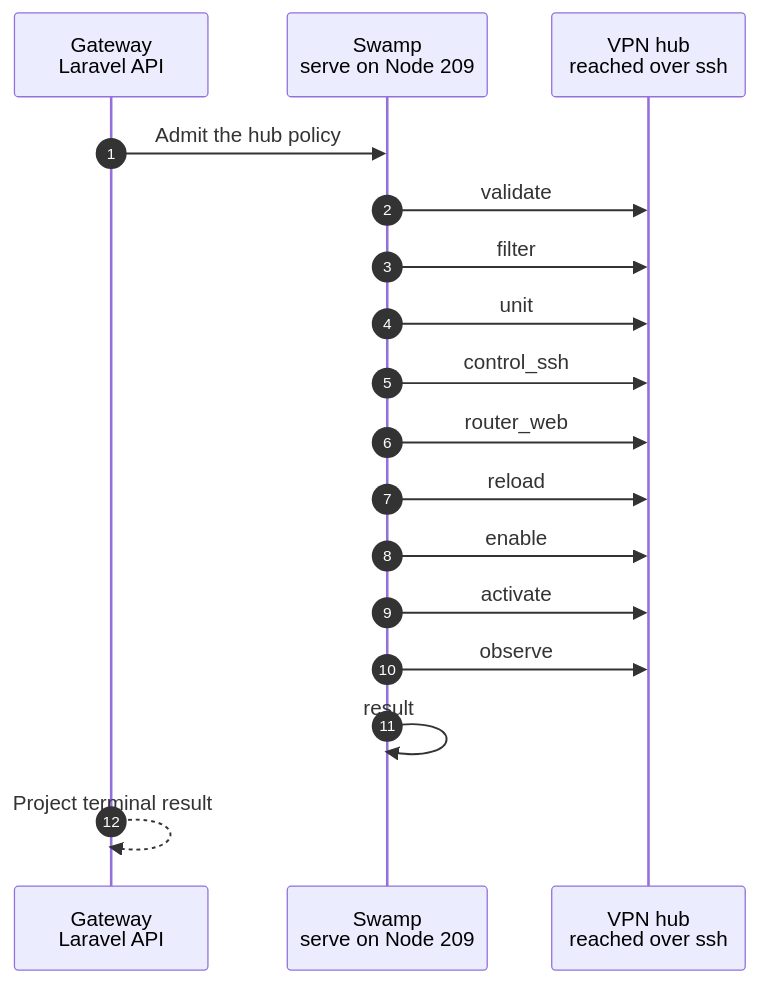
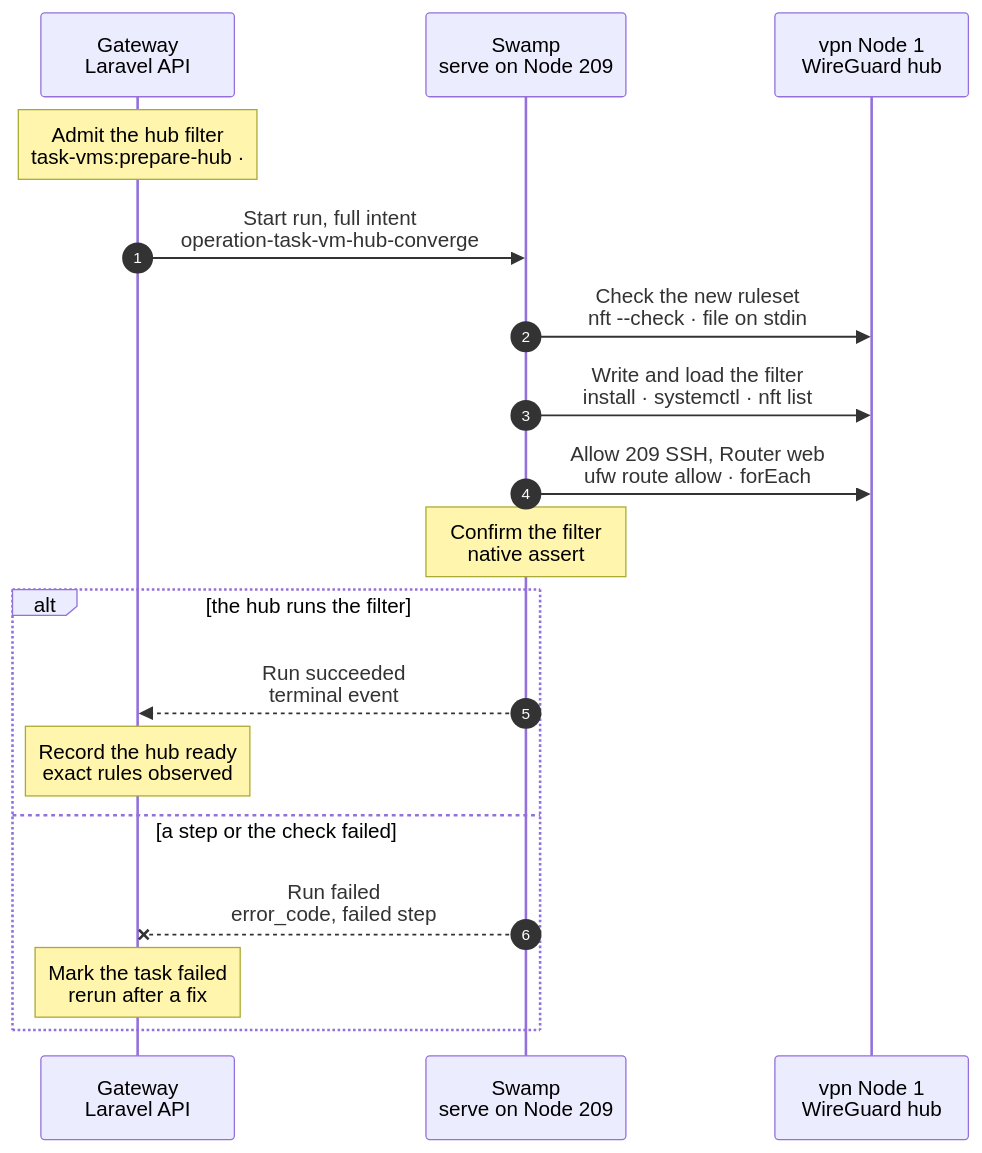
The diagram in docs/cli/tasks/hub-converge.mmd (hardimpactdev/orbit), drawn with Mermaid before and after one commit.

Commit message:
docs(task-vms): hub_converge chart, tightened
The file writes, daemon-reload, enable and restart are one action, with the
read-back folded in (rules 6, 9); a native assert replaces the TypeScript
result decode (rule 14); the control and Router UFW rules are one forEach
under one name per hub and run after the filter loads (rules 18, 11, 8).
The nft check stays first: it proves the hub's own nft parses the file
before any visible change. 10 Swamp steps become 4.

```diff
--- a/docs/cli/tasks/hub-converge.mmd
+++ b/docs/cli/tasks/hub-converge.mmd
@@ -1,47 +1,70 @@
 sequenceDiagram
-  %% status: reviewed
-  %% command: none · task VM hub policy convergence
+  %% Target design: swamp/workflows/workflow-operation-task-vm-hub-converge.yaml, apps/gateway/app/Infrastructure/TaskVms/TaskVmHubPolicy.php, docs/reference/compute-drivers.md (task VM filter on the hub), docs/cli/README.md design rules R2-R4.
+  %% Tightened: flow-tighten 2026-11-02, rules 6 (the two file writes, daemon-reload, enable and restart are one action: write and load the filter), 9 (the read-back folds into that step and one native `assert` is the end check), 14 (no `result` decode; the Gateway builds the result from its intent after the end check), 18 (the control and Router UFW rules are one forEach, run one at a time so UFW never runs twice at once), 11 (behavior names by Node and step family; the forEach keeps a per-index name, as the shape gate requires), 8 (the UFW rules that make the range reachable come after the filter loads), 10 (restart of the oneshot unit is one atomic `nft -f`; there is no gentler action), 3 (no default loads the filter at boot: nftables.service flushes the whole ruleset, which UFW owns).
+  %% Kept: `Check the new ruleset` (rule 1): it proves the hub's own nft parses the file before any visible change; it is a Node check, not an input check (rule 15).
+  %% status: draft
+  %% command: none · task-vms:prepare-hub on the Gateway host
   %% kind: task_vm.hub_converge
   autonumber
   %% lane GW icon=gateway pill=intent tone=blue
   %% lane SW icon=workflow pill=executes tone=green
   %% lane N icon=server pill=target tone=amber
   participant GW as Gateway<br/>Laravel API
   participant SW as Swamp<br/>serve on Node 209
-  participant N as VPN hub<br/>reached over ssh
-  GW->>SW: Admit the hub policy
+  participant N as vpn Node 1<br/>WireGuard hub
+  Note over GW: Admit the hub filter<br/>task-vms:prepare-hub · #5190
+  %%> Started by:
+  %%> - an operator runs `php artisan task-vms:prepare-hub` on the Gateway host, once and again when a captured value changes
+  %%> Requirements:
+  %%> - exactly one active `vpn`, `gateway` and `websocket` Node, each with a WireGuard address
+  %%> - the task VM Cluster has an active Router; no Node other than a task VM holds an address in the reserved range
+  %%> - Node 209 is active with an IPv4 address outside the range; Node 1 has stored SSH host keys
+  %%> Builds:
+  %%> - the complete nft file and its systemd unit, the UFW rules for 209 SSH and Router web, and the exact live rule lines the end check expects
+  %%> Result:
+  %%> - task #5190 recorded with the full public intent; the command prints `Operation #5190`
+  GW->>SW: Start run, full intent<br/>operation-task-vm-hub-converge
   %%> What it does:
-  %%> - capture the hub SSH target, nft filter, unit and exact control and router rules
-  SW->>N: validate
+  %%> - starts one Swamp run on serve (Node 209)
+  %%> Inputs:
+  %%> - the nft file, the unit, the UFW argv lists and the expected live rule lines
+  %%> - Node 1's address and SSH host keys; the SSH identity comes from the `swamp` role
+  SW->>N: Check the new ruleset<br/>nft --check · file on stdin
   %%> What it does:
-  %%> - uses @swamp/ssh.exec
-  SW->>N: filter
+  %%> - `nft --check --file -` parses the whole file on Node 1 and changes nothing
+  %%> Why:
+  %%> - a file the hub's nft refuses never reaches the disk, so a reboot never loads a broken filter
+  SW->>N: Write and load the filter<br/>install · systemctl · nft list
   %%> What it does:
-  %%> - uses @swamp/ssh.exec; one install argv writes the admitted content from stdin
-  SW->>N: unit
+  %%> - writes `/etc/orbit/task-vms/hub.nft` (0600) from stdin and the unit `orbit-task-vms-hub.service` (0644)
+  %%> - reloads systemd, enables the unit and restarts it; the unit runs `nft -f`, which replaces the table in one transaction
+  %%> - lists the live `forward` chain of `inet orbit_task_vms` for the end check
+  %%> On the Node:
+  %%> - the unit loads the filter at boot, before `wg-quick@orbit`
+  SW->>N: Allow 209 SSH, Router web<br/>ufw route allow · forEach
   %%> What it does:
-  %%> - uses @swamp/ssh.exec; one install argv writes the admitted content from stdin
-  SW->>N: control_ssh
+  %%> - one `ufw route allow` per rule: TCP 22 from Node 209 and TCP 80 and 443 from each Cluster Router into the range
+  %%> How:
+  %%> - `concurrency: 1`: the rules run one at a time, so UFW never runs twice at once; UFW skips a rule that exists
+  Note over SW: Confirm the filter<br/>native assert
   %%> What it does:
-  %%> - uses @swamp/ssh.exec
-  SW->>N: router_web
-  %%> What it does:
-  %%> - uses @swamp/ssh.exec
-  SW->>N: reload
-  %%> What it does:
-  %%> - uses @swamp/ssh.exec
-  SW->>N: enable
-  %%> What it does:
-  %%> - uses @swamp/ssh.exec
-  SW->>N: activate
-  %%> What it does:
-  %%> - uses @swamp/ssh.exec
-  SW->>N: observe
-  %%> What it does:
-  %%> - uses @swamp/ssh.exec
-  SW->>SW: result
-  %%> What it does:
-  %%> - uses @nckrtl/task-vm-hub-result.decode
-  GW-->>GW: Project terminal result
-  %%> Result:
-  %%> - only the exact observed nft rules can report the hub ready
+  %%> - fails the run unless every expected control and Router rule is a line of the live chain
+  %%> No rollback:
+  %%> - a failed step leaves the hub as it is; a rerun writes and loads the same file again
+  alt the hub runs the filter
+    SW-->>GW: Run succeeded<br/>terminal event
+    %%> How the Gateway learns it:
+    %%> - its shared run reader sees the terminal event and reads the end check's status; Swamp never calls the Gateway
+    Note over GW: Record the hub ready<br/>exact rules observed
+    %%> Result:
+    %%> - task #5190 succeeds with `ready`, the 209 SSH source and the Router sources from its intent
+  else a step or the check failed
+    SW--xGW: Run failed<br/>error_code, failed step
+    %%> The Gateway reads:
+    %%> - which step failed and its exit code
+    Note over GW: Mark the task failed<br/>rerun after a fix
+    %%> Result:
+    %%> - task #5190 fails; the hub is never reported ready
+    %%> Retry:
+    %%> - run `task-vms:prepare-hub` again after fixing the cause; it is a new task
+  end
```
